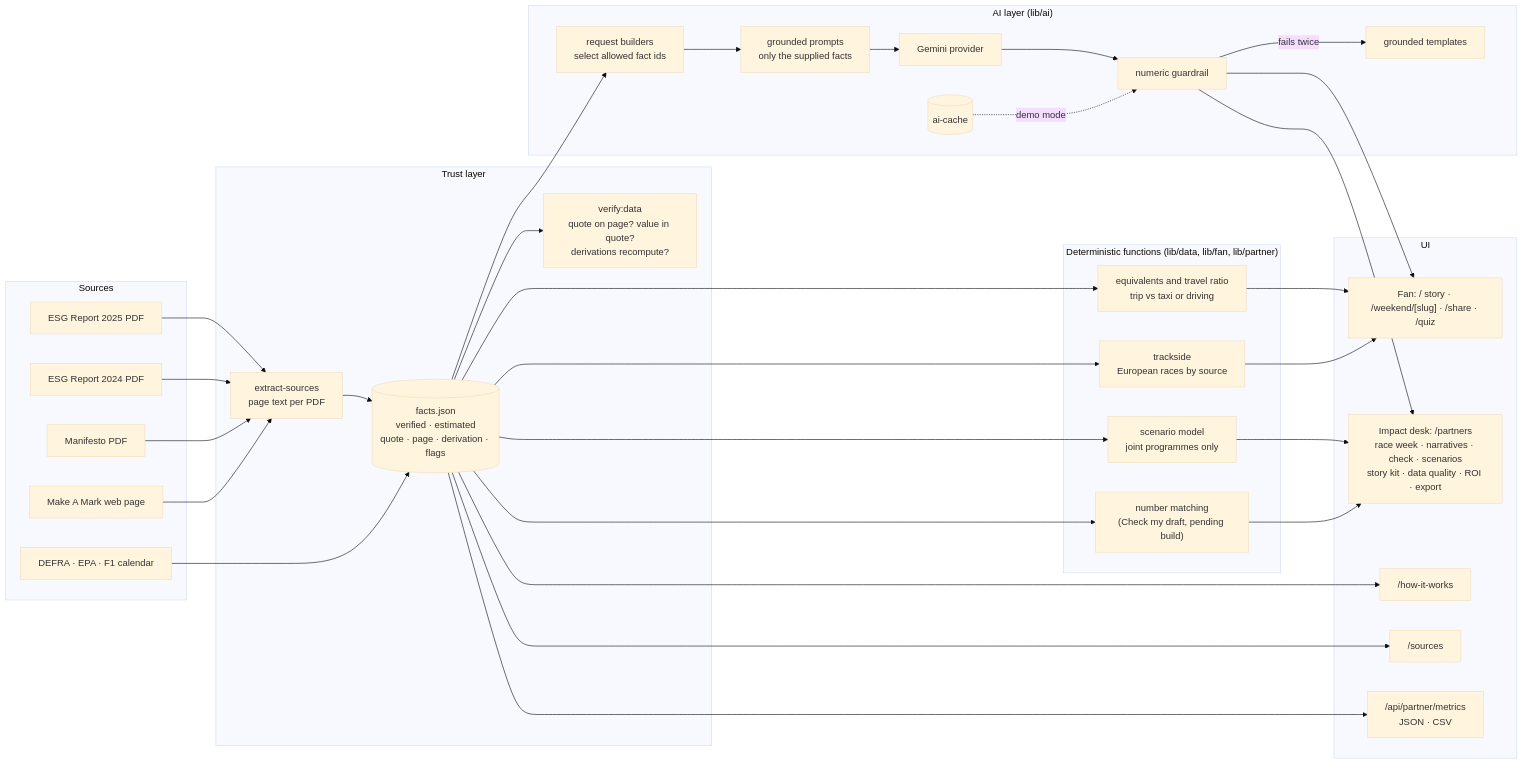
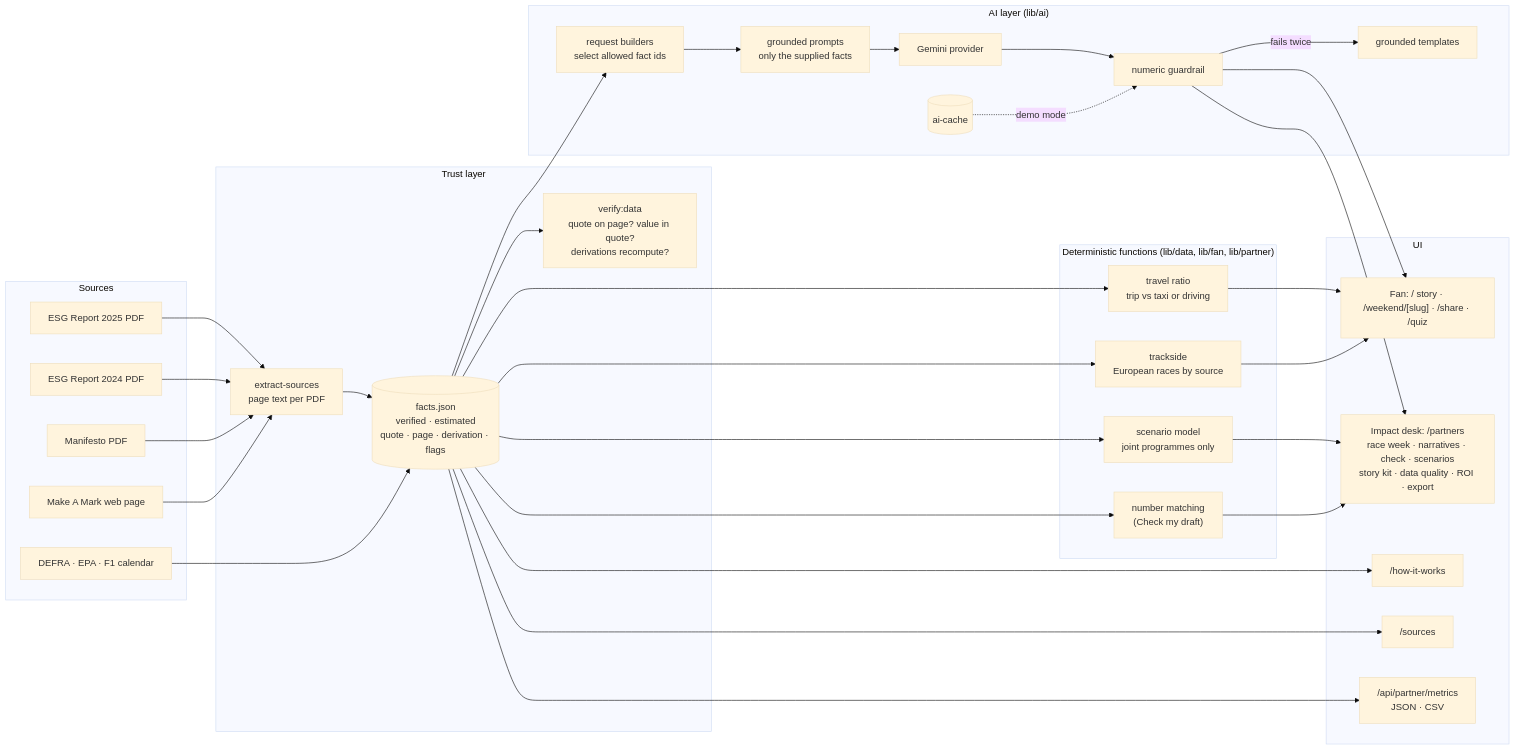
The first of 2 diagrams in docs/architecture.md (maahir-garg/cognizant-amf1), drawn with Mermaid (base theme) before and after one commit. The commit also changed other lines of this file and 26 other files, not shown here.

Commit message:
docs: bring README, AGENTS, architecture, API, demo script and rationale in line with the build

````diff
--- a/docs/architecture.md
+++ b/docs/architecture.md
@@ -19,51 +17,51 @@
 ```mermaid
 flowchart LR
   subgraph Sources
     R25[ESG Report 2025 PDF]
     R24[ESG Report 2024 PDF]
     MAN[Manifesto PDF]
     WEB[Make A Mark web page]
     EXT[DEFRA · EPA · F1 calendar]
   end
 
   subgraph Trust["Trust layer"]
     EXTRACT[extract-sources<br/>page text per PDF]
     FACTS[("facts.json<br/>verified · estimated<br/>quote · page · derivation · flags")]
     VERIFY["verify:data<br/>quote on page? value in quote?<br/>derivations recompute?"]
   end
 
   subgraph Engines["Deterministic functions (lib/data, lib/fan, lib/partner)"]
-    EQ[equivalents and travel ratio<br/>trip vs taxi or driving]
+    EQ[travel ratio<br/>trip vs taxi or driving]
     TRK[trackside<br/>European races by source]
     SCN[scenario model<br/>joint programmes only]
-    MATCH["number matching<br/>(Check my draft, pending build)"]
+    MATCH["number matching<br/>(Check my draft)"]
   end
 
   subgraph AI["AI layer (lib/ai)"]
     SEL[request builders<br/>select allowed fact ids]
     PROMPT[grounded prompts<br/>only the supplied facts]
     MODEL[Gemini provider]
     GUARD[numeric guardrail]
     TPL[grounded templates]
     CACHE[(ai-cache)]
   end
 
   subgraph UI
     FAN["Fan: / story · /weekend/[slug] · /share · /quiz"]
     DESK["Impact desk: /partners<br/>race week · narratives · check · scenarios<br/>story kit · data quality · ROI · export"]
     HOW["/how-it-works"]
     SRC["/sources"]
     API["/api/partner/metrics<br/>JSON · CSV"]
   end
 
   R25 & R24 & MAN & WEB --> EXTRACT --> FACTS
   EXT --> FACTS
   FACTS --> VERIFY
   FACTS --> EQ & TRK & SCN & MATCH
   FACTS --> SEL --> PROMPT --> MODEL --> GUARD
   GUARD -- fails twice --> TPL
   CACHE -. demo mode .-> GUARD
   EQ & TRK & GUARD --> FAN
   SCN & MATCH & GUARD --> DESK
   FACTS --> SRC & API & HOW
 ```
````
